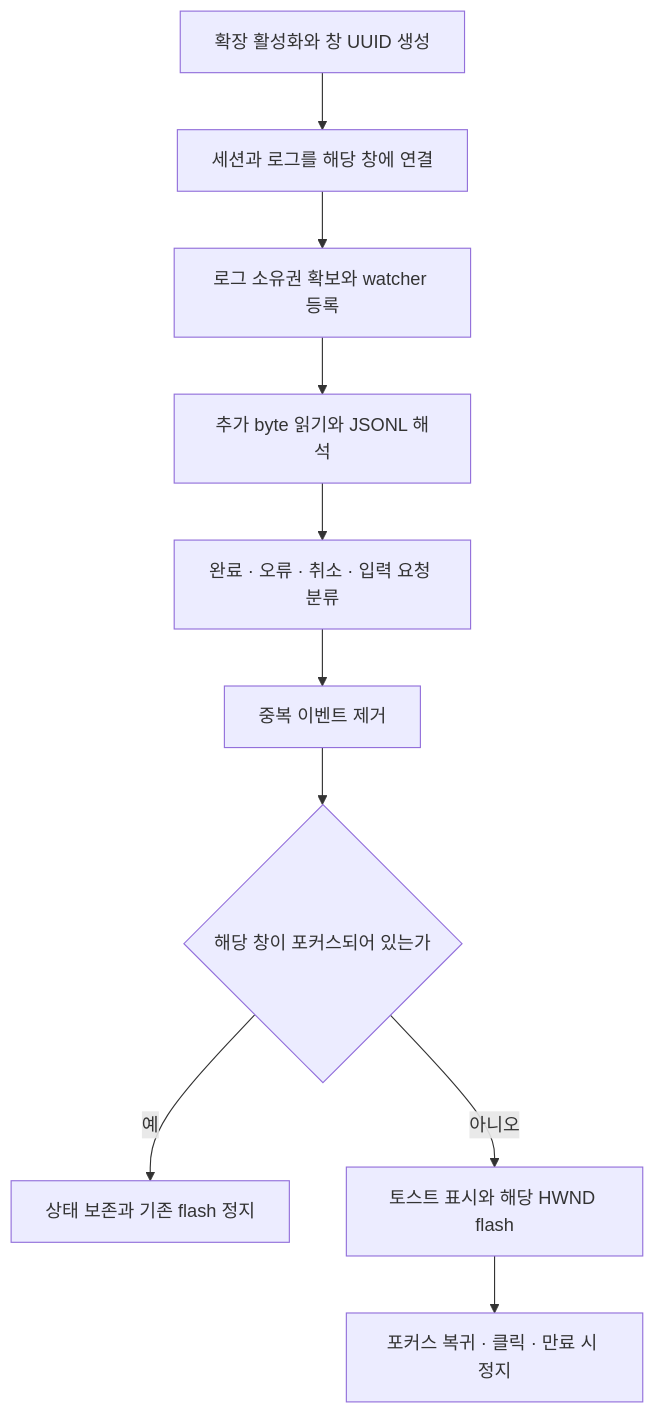
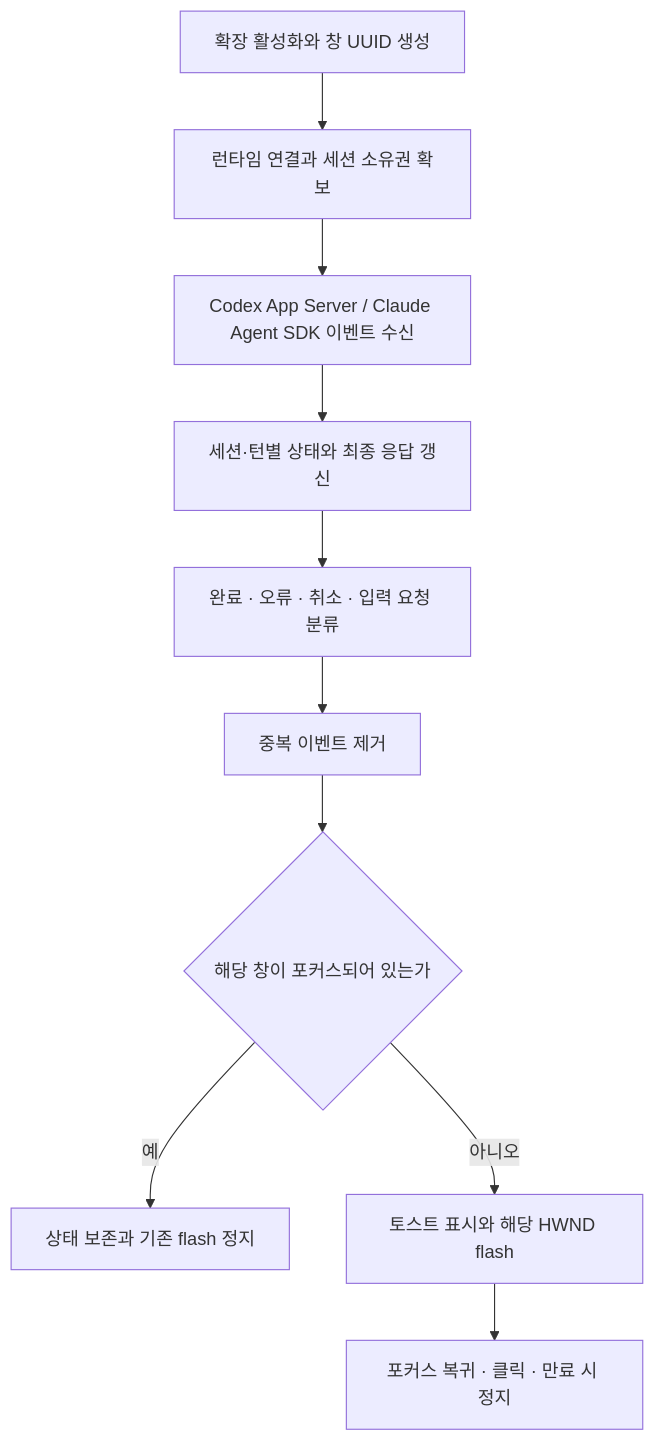
The diagram in docs/requirements-and-verification.md (lsc892/Job-Finish), drawn with Mermaid before and after one commit. The commit also changed other lines of this file and 5 other files, not shown here.

````diff
--- a/docs/requirements-and-verification.md
+++ b/docs/requirements-and-verification.md
@@ -17,12 +15,12 @@
 ```mermaid
 flowchart TD
-    A[확장 활성화와 창 UUID 생성] --> B[세션과 로그를 해당 창에 연결]
-    B --> C[로그 소유권 확보와 watcher 등록]
-    C --> D[추가 byte 읽기와 JSONL 해석]
+    A[확장 활성화와 창 UUID 생성] --> B[런타임 연결과 세션 소유권 확보]
+    B --> C[Codex App Server / Claude Agent SDK 이벤트 수신]
+    C --> D[세션·턴별 상태와 최종 응답 갱신]
     D --> E[완료 · 오류 · 취소 · 입력 요청 분류]
     E --> F[중복 이벤트 제거]
     F --> G{해당 창이 포커스되어 있는가}
     G -->|예| H[상태 보존과 기존 flash 정지]
     G -->|아니오| I[토스트 표시와 해당 HWND flash]
     I --> J[포커스 복귀 · 클릭 · 만료 시 정지]
 ```
````
